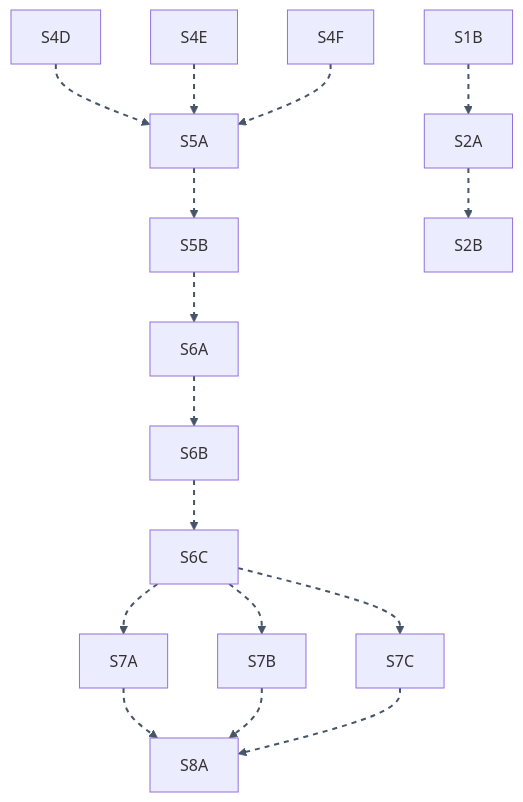
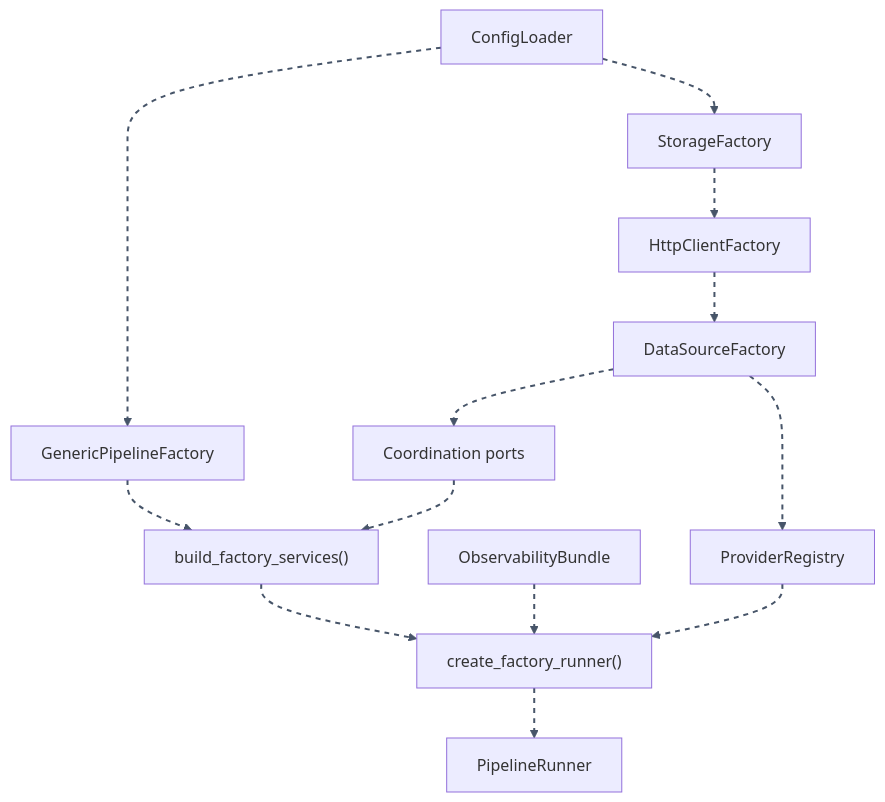
One commit to SatoryKono/BioactivityDataAcquisition changed the diagram in docs/02-architecture/diagrams/views/35-bootstrap-sequence-overview.mermaid. Above: the diagram before and after it, drawn with Mermaid. The commit also changed 6 other files, not shown here.

First line of the commit message:
Refactor composition & bootstrap diagrams

```diff
--- a/docs/02-architecture/diagrams/views/35-bootstrap-sequence-overview.mermaid
+++ b/docs/02-architecture/diagrams/views/35-bootstrap-sequence-overview.mermaid
@@ -1,43 +1,36 @@
 %% View: Overview | Parent: 35-bootstrap-sequence-full.mermaid
 %% @uniform width=140 height=56 max_title_len=3 max_desc_lines=0
 flowchart TB
 
-    N1["S5A"]
-    N2["S5B"]
-    N3["S1B"]
-    N4["S2A"]
-    N5["S2B"]
-    N6["S4D"]
-    N7["S4E"]
-    N8["S4F"]
-    N9["S6A"]
-    N10["S6B"]
-    N11["S6C"]
-    N12["S7A"]
-    N13["S7B"]
-    N14["S7C"]
-    N15["S8A"]
+    N1["ConfigLoader"]
+    N2["StorageFactory"]
+    N3["HttpClientFactory"]
+    N4["DataSourceFactory"]
+    N5["ProviderRegistry"]
+    N6["Coordination ports"]
+    N7["GenericPipelineFactory"]
+    N8["build_factory_services()"]
+    N9["create_factory_runner()"]
+    N10["PipelineRunner"]
+    N11["ObservabilityBundle"]
 
-    N3 ==> N4
+    N1 --> N2
+    N2 --> N3
+    N3 --> N4
     N4 --> N5
-    N6 --> N1
-    N7 --> N1
-    N8 --> N1
-    N1 --> N2
-    N2 --> N9
+    N4 --> N6
+    N1 --> N7
+    N7 --> N8
+    N8 --> N9
+    N11 -.-> N9
+    N5 -.-> N9
+    N6 -.-> N8
     N9 --> N10
-    N10 --> N11
-    N11 --> N12
-    N11 --> N13
-    N11 --> N14
-    N12 --> N15
-    N13 --> N15
-    N14 --> N15
 
     classDef port fill:#f5f3ff,stroke:#7c3aed,stroke-width:1px,color:#111827;
     classDef adapter fill:#fff1f2,stroke:#dc2626,stroke-width:1px,color:#111827;
     classDef service fill:#eff6ff,stroke:#2563eb,stroke-width:1px,color:#111827;
     classDef process fill:#f0fdf4,stroke:#16a34a,stroke-width:1px,color:#111827;
     classDef storage fill:#fff7ed,stroke:#f59e0b,stroke-width:1px,color:#111827;
 
     linkStyle default stroke:#475569,stroke-width:2px,stroke-dasharray:5
```
